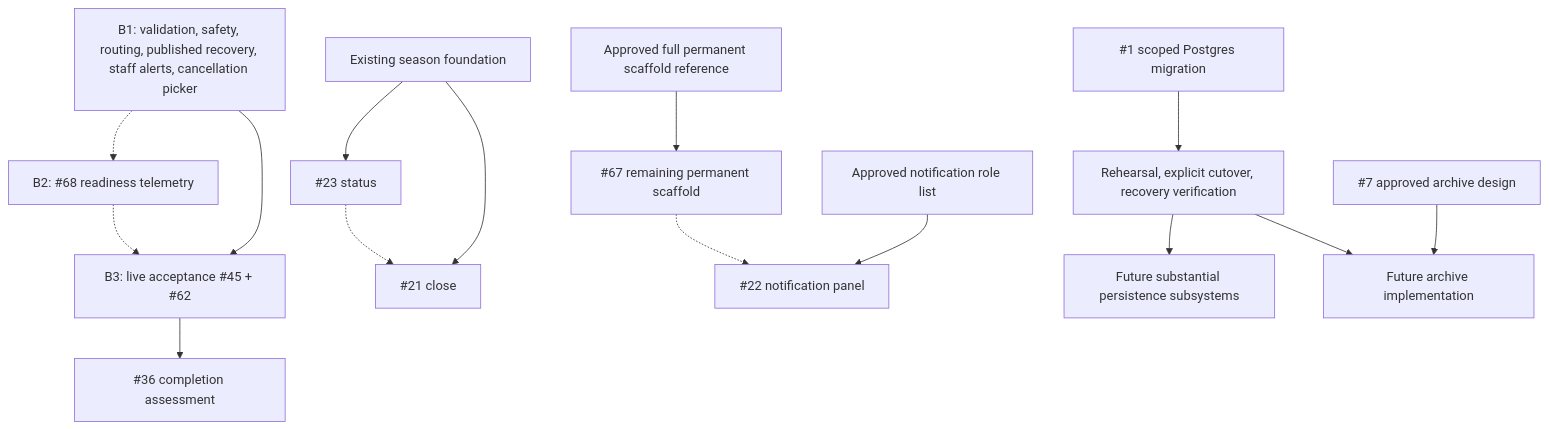
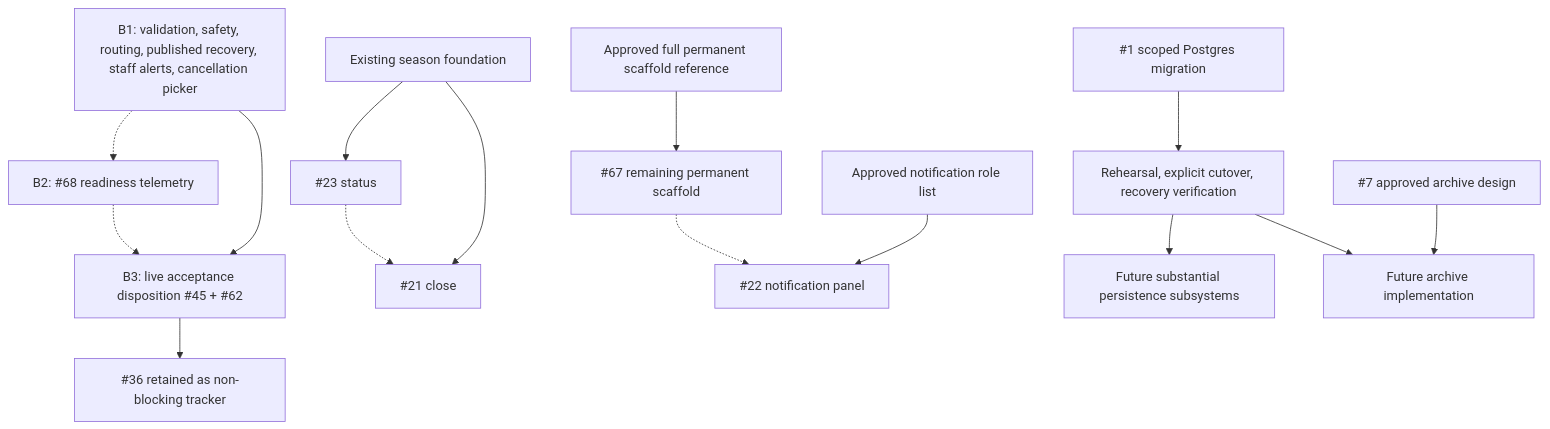
The diagram in docs/plans/backlog-execution-plan.md (diese-tech/Ratatoskr), drawn with Mermaid before and after one commit. The commit also changed other lines of this file, not shown here.

````diff
--- a/docs/plans/backlog-execution-plan.md
+++ b/docs/plans/backlog-execution-plan.md
@@ -113,17 +118,17 @@
 ```mermaid
 flowchart TD
-    A["B1: validation, safety, routing, published recovery, staff alerts, cancellation picker"] --> B["B3: live acceptance #45 + #62"]
+    A["B1: validation, safety, routing, published recovery, staff alerts, cancellation picker"] --> B["B3: live acceptance disposition #45 + #62"]
     A -.-> C["B2: #68 readiness telemetry"]
     C -.-> B
-    B --> D["#36 completion assessment"]
+    B --> D["#36 retained as non-blocking tracker"]
     E["Existing season foundation"] --> F["#23 status"]
     E --> G["#21 close"]
     F -.-> G
     H["Approved full permanent scaffold reference"] --> I["#67 remaining permanent scaffold"]
     J["Approved notification role list"] --> K["#22 notification panel"]
     I -.-> K
     L["#1 scoped Postgres migration"] --> M["Rehearsal, explicit cutover, recovery verification"]
     M --> N["Future substantial persistence subsystems"]
     O["#7 approved archive design"] --> P["Future archive implementation"]
     M --> P
 ```
````
